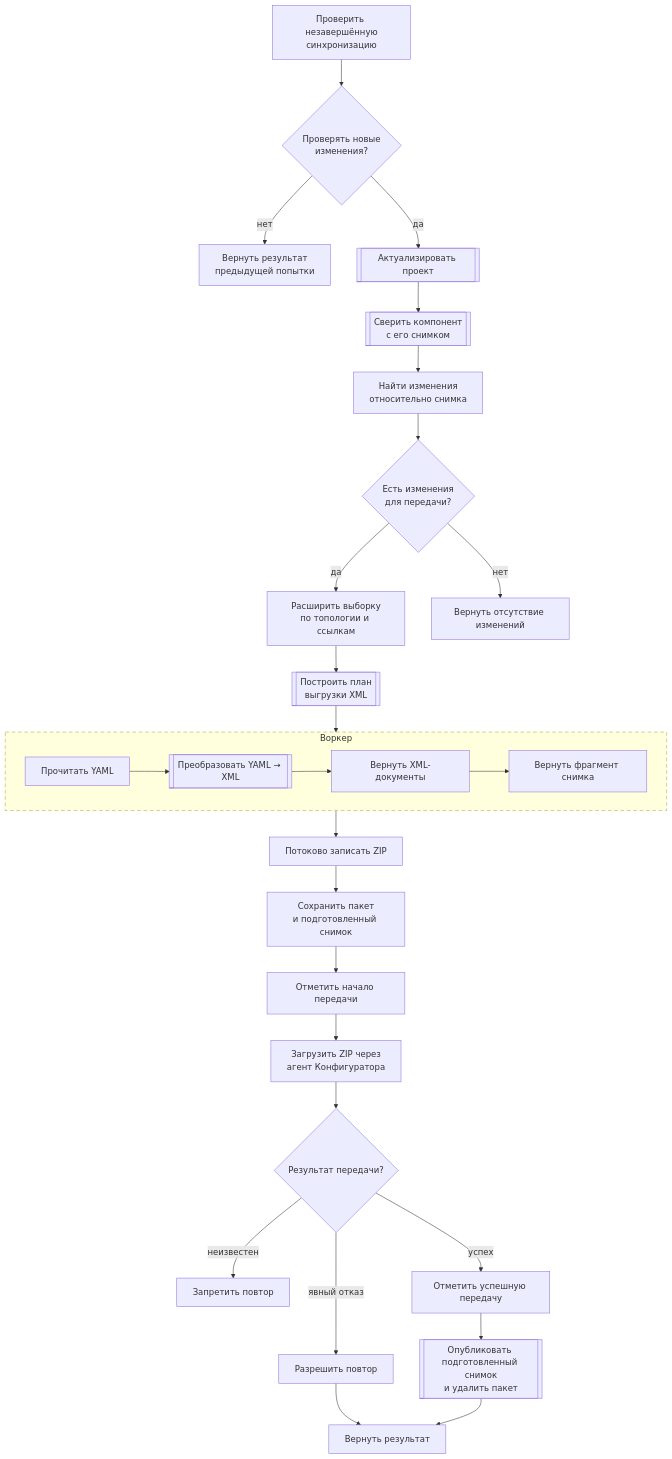
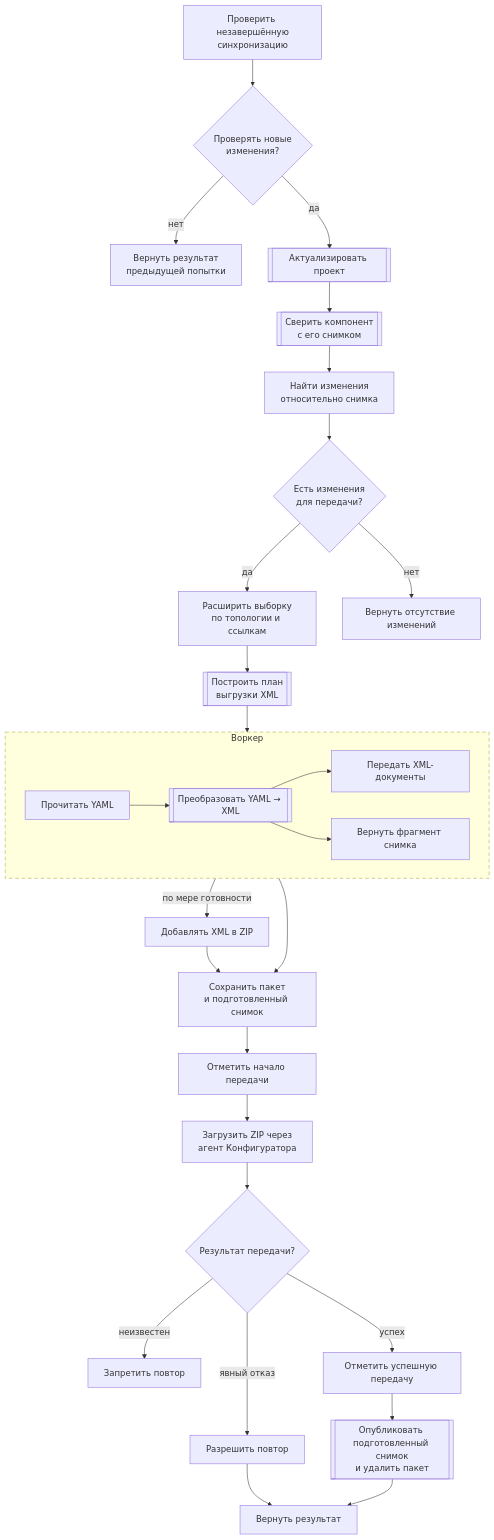
The ninth of 11 diagrams in .agents/architecture.md (crimsongoldteam/nkdk), drawn with Mermaid before and after one commit.

Commit message:
docs: :memo: показать потоковую запись частичного ZIP
Отразить передачу XML-документов из воркеров в архив по мере готовности и отдельное формирование снимка.

````diff
--- a/.agents/architecture.md
+++ b/.agents/architecture.md
@@ -287,41 +287,45 @@
 ```mermaid
 flowchart TD
   pending["Проверить незавершённую<br/>синхронизацию"]
   proceed{"Проверять новые<br/>изменения?"}
   previous["Вернуть результат<br/>предыдущей попытки"]
   validate[["Актуализировать проект"]]
   target[["Сверить компонент<br/>с его снимком"]]
   changes["Найти изменения<br/>относительно снимка"]
   work{"Есть изменения<br/>для передачи?"}
   impact["Расширить выборку<br/>по топологии и ссылкам"]
   plan[["Построить план<br/>выгрузки XML"]]
 
   subgraph partialSyncJob["Воркер"]
     direction LR
-    readYaml["Прочитать YAML"] --> toXml[["Преобразовать YAML → XML"]] --> document["Вернуть XML-документы"] --> fragment["Вернуть фрагмент снимка"]
+    readYaml["Прочитать YAML"] --> toXml[["Преобразовать YAML → XML"]]
+    toXml --> document["Передать XML-документы"]
+    toXml --> fragment["Вернуть фрагмент снимка"]
   end
 
-  archive["Потоково записать ZIP"]
+  archive["Добавлять XML в ZIP"]
   prepared["Сохранить пакет<br/>и подготовленный снимок"]
   noChanges["Вернуть отсутствие изменений"]
   transferring["Отметить начало передачи"]
   load["Загрузить ZIP через<br/>агент Конфигуратора"]
   outcome{"Результат передачи?"}
   retry["Разрешить повтор"]
   unknown["Запретить повтор"]
   applied["Отметить успешную передачу"]
   publish[["Опубликовать подготовленный снимок<br/>и удалить пакет"]]
   result["Вернуть результат"]
 
   pending --> proceed
   proceed -- "да" --> validate
   proceed -- "нет" --> previous
   validate --> target --> changes --> work
   work -- "нет" --> noChanges
-  work -- "да" --> impact --> plan --> partialSyncJob --> archive --> prepared
+  work -- "да" --> impact --> plan --> readYaml
+  document -- "по мере готовности" --> archive --> prepared
+  fragment --> prepared
   prepared --> transferring --> load --> outcome
   outcome -- "явный отказ" --> retry --> result
   outcome -- "неизвестен" --> unknown
   outcome -- "успех" --> applied --> publish --> result
   style partialSyncJob stroke-dasharray: 7 5
 ```
````
